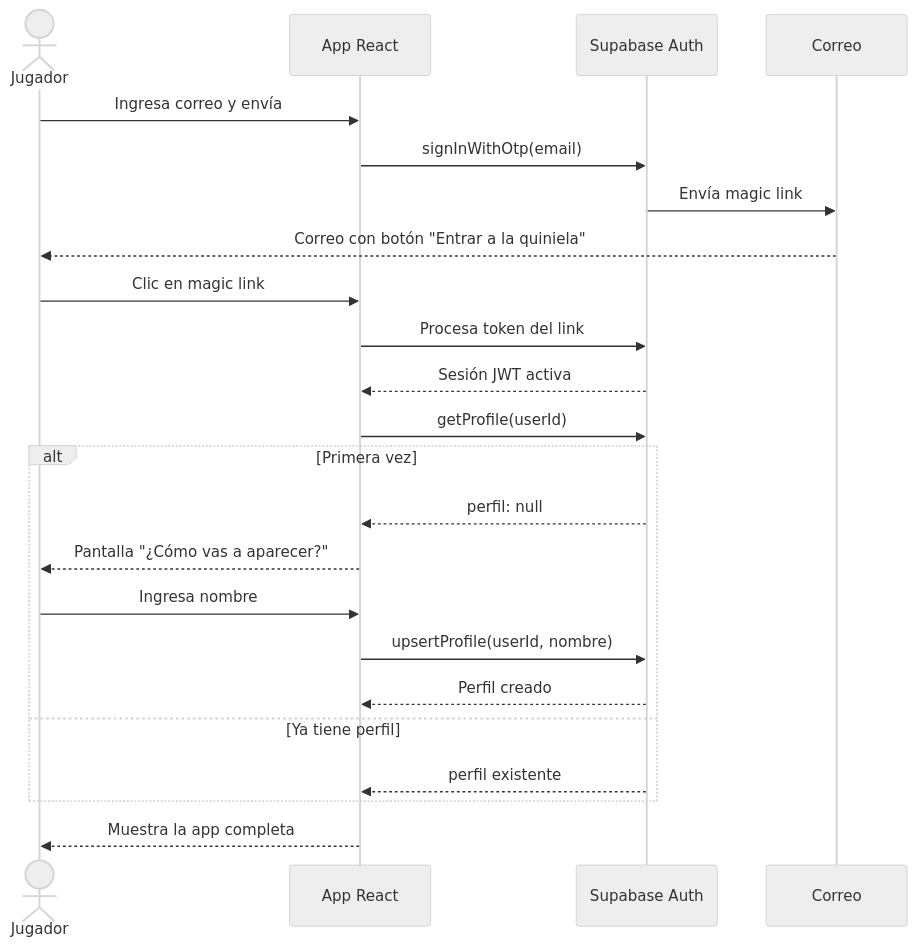
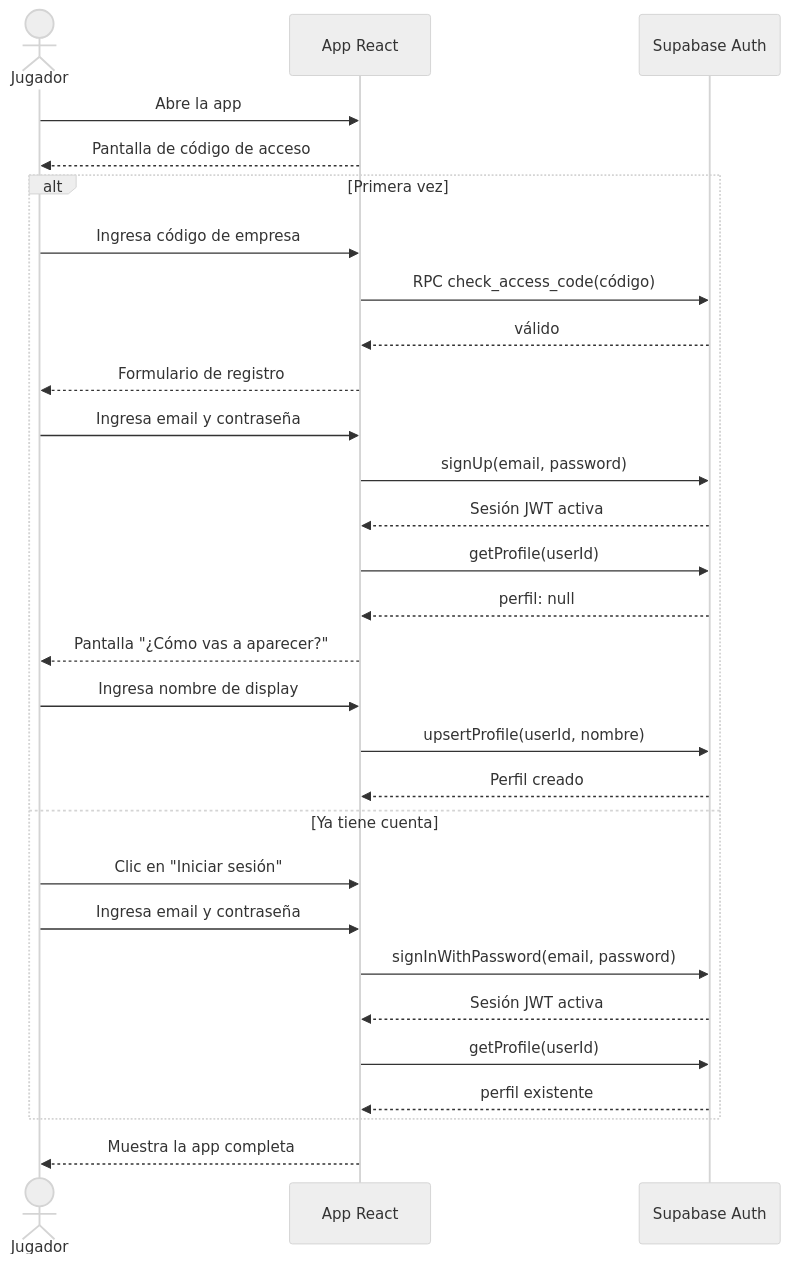
Before and after one commit to JEnriquePS/eb-fifa: the second of 3 diagrams in docs/architecture/sequences/user-flow.md, drawn with Mermaid (neutral theme). The commit also changed other lines of this file and 5 other files, not shown here.

First line of the commit message:
docs: update diagrams and guides to reflect schema and auth changes

````diff
--- a/docs/architecture/sequences/user-flow.md
+++ b/docs/architecture/sequences/user-flow.md
@@ -48,29 +52,34 @@
 ```mermaid
 sequenceDiagram
     actor U as Jugador
     participant App as App React
     participant SB as Supabase Auth
-    participant Email as Correo
 
-    U->>App: Ingresa correo y envía
-    App->>SB: signInWithOtp(email)
-    SB->>Email: Envía magic link
-    Email-->>U: Correo con botón "Entrar a la quiniela"
-
-    U->>App: Clic en magic link
-    App->>SB: Procesa token del link
-    SB-->>App: Sesión JWT activa
-    App->>SB: getProfile(userId)
+    U->>App: Abre la app
+    App-->>U: Pantalla de código de acceso
 
     alt Primera vez
+        U->>App: Ingresa código de empresa
+        App->>SB: RPC check_access_code(código)
+        SB-->>App: válido
+        App-->>U: Formulario de registro
+        U->>App: Ingresa email y contraseña
+        App->>SB: signUp(email, password)
+        SB-->>App: Sesión JWT activa
+        App->>SB: getProfile(userId)
         SB-->>App: perfil: null
         App-->>U: Pantalla "¿Cómo vas a aparecer?"
-        U->>App: Ingresa nombre
+        U->>App: Ingresa nombre de display
         App->>SB: upsertProfile(userId, nombre)
         SB-->>App: Perfil creado
-    else Ya tiene perfil
+    else Ya tiene cuenta
+        U->>App: Clic en "Iniciar sesión"
+        U->>App: Ingresa email y contraseña
+        App->>SB: signInWithPassword(email, password)
+        SB-->>App: Sesión JWT activa
+        App->>SB: getProfile(userId)
         SB-->>App: perfil existente
     end
 
     App-->>U: Muestra la app completa
 ```
````
